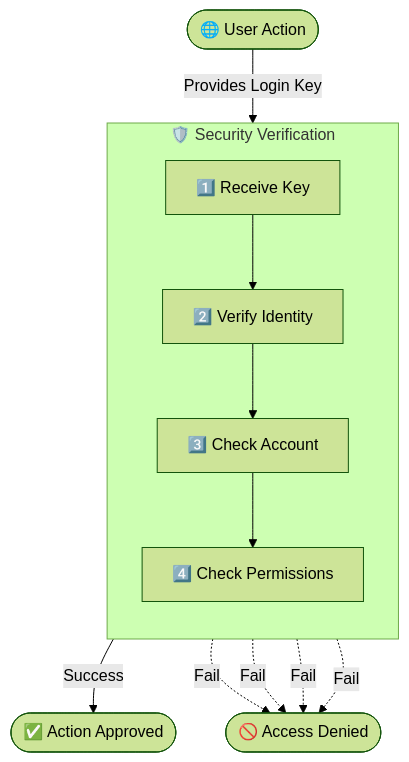
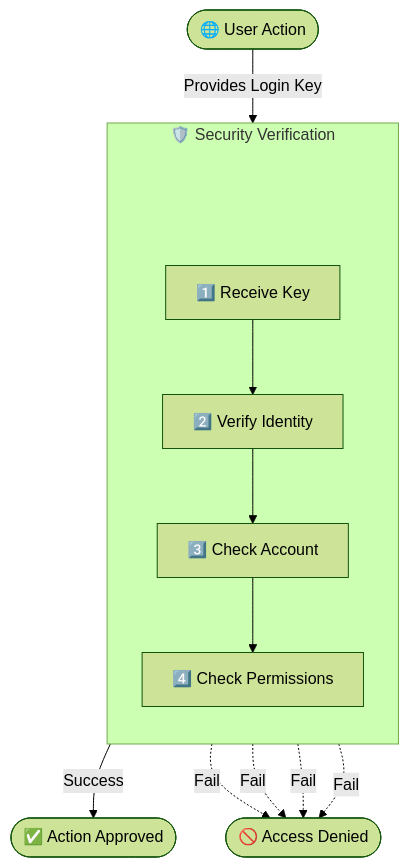
The second of 2 diagrams in README.md (Himanshu-Singh11/Feedback-Collector), drawn with Mermaid (forest theme) before and after one commit.

Commit message:
docs: Add invisible spacer to increase gap between subgraph title and first node

````diff
--- a/README.md
+++ b/README.md
@@ -107,25 +107,29 @@
 ```mermaid
 flowchart TD
     Request(["🌐 User Action"])
     
     subgraph Middleware ["🛡️ Security Verification"]
         direction TB
+        Gap[" "]
         T["1️⃣ Receive Key"]
         V["2️⃣ Verify Identity"]
         U["3️⃣ Check Account"]
         R["4️⃣ Check Permissions"]
         
+        Gap ~~~ T
         T --> V --> U --> R
     end
+    
+    style Gap fill:none,stroke:none,color:none
     
     Block(["🚫 Access Denied"])
     Allow(["✅ Action Approved"])
 
     Request -- "Provides Login Key" --> Middleware
     R -- "Success" --> Allow
     
     T -. "Fail" .-> Block
     V -. "Fail" .-> Block
     U -. "Fail" .-> Block
     R -. "Fail" .-> Block
 ```
````
